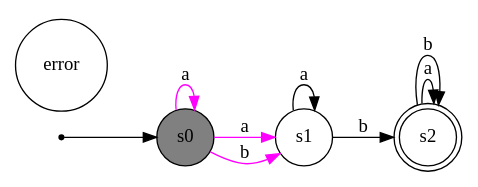
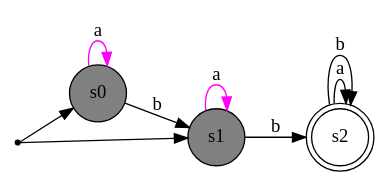
Before and after one commit to lukaz-r/AFD-animator: the diagram in dotfiles/arq_0.dot, drawn with Graphviz. The commit also changed 19 other files, not shown here.

```diff
--- a/dotfiles/arq_0.dot
+++ b/dotfiles/arq_0.dot
@@ -1,20 +1,20 @@
 digraph maquina_de_estados { 
 	rankdir=LR;
 	size="10"
 	node [shape = doublecircle];
 	s2
 	node [shape = point];
 	p
 	node [shape = circle];
-	error [style=filled, fillcolor=white];
 	p -> s0
+	p -> s1
 	node [shape = circle];
 	s0[style=filled, fillcolor=gray]
+	s1[style=filled, fillcolor=gray]
 	s0 -> s0[label = "a"][color=magenta];
-	s0 -> s1[label = "a"][color=magenta];
-	s0 -> s1[label = "b"][color=magenta];
-	s1 -> s1[label = "a"][color=black];
+	s0 -> s1[label = "b"][color=black];
+	s1 -> s1[label = "a"][color=magenta];
 	s1 -> s2[label = "b"][color=black];
 	s2 -> s2[label = "a"][color=black];
 	s2 -> s2[label = "b"][color=black];
 	}
```
